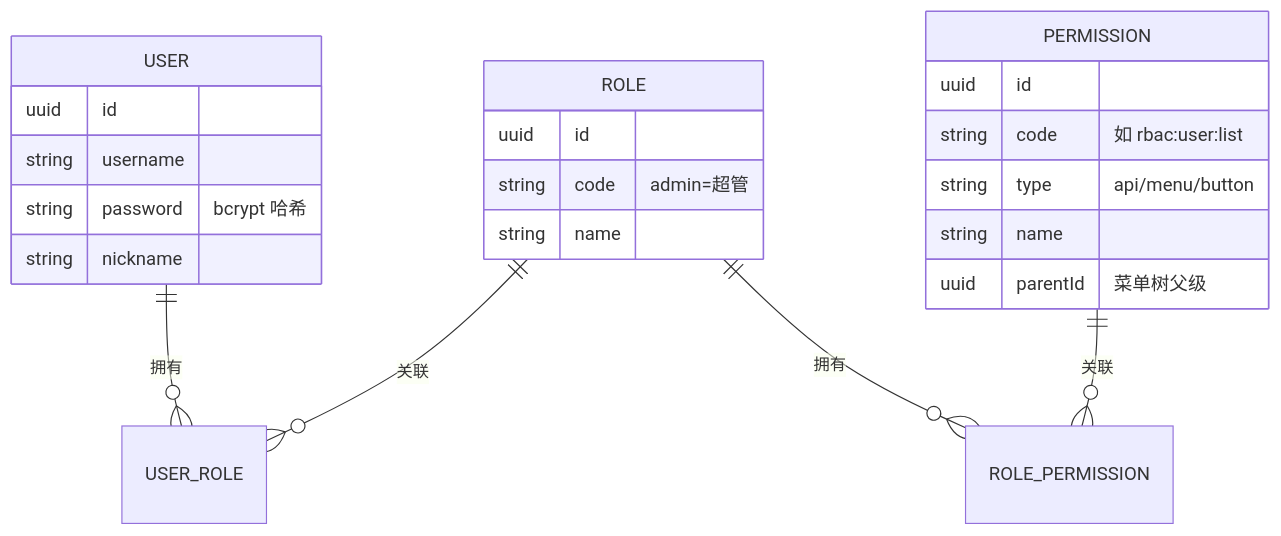
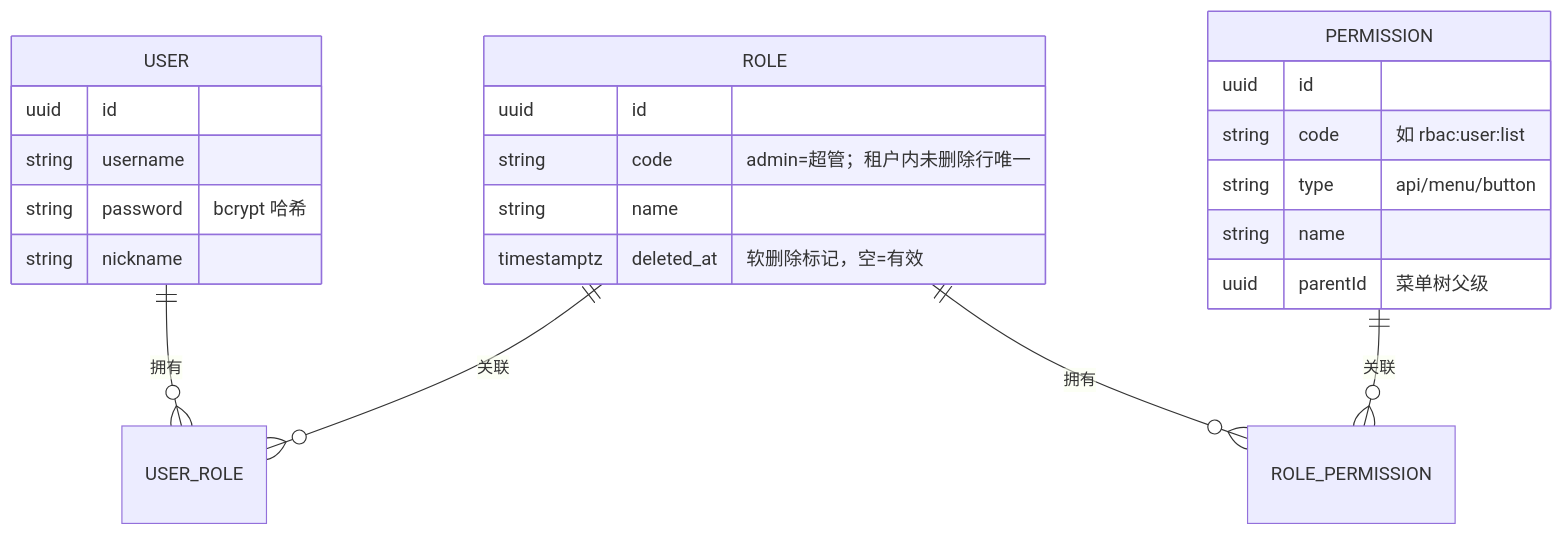
Before and after one commit to yiting001/E-sports-01: the first of 6 diagrams in docs/rbac.md, drawn with Mermaid. The commit also changed other lines of this file and 10 other files, not shown here.

````diff
--- a/docs/rbac.md
+++ b/docs/rbac.md
@@ -47,26 +47,27 @@
 ```mermaid
 erDiagram
   USER ||--o{ USER_ROLE : 拥有
   ROLE ||--o{ USER_ROLE : 关联
   ROLE ||--o{ ROLE_PERMISSION : 拥有
   PERMISSION ||--o{ ROLE_PERMISSION : 关联
 
   USER {
     uuid id
     string username
     string password "bcrypt 哈希"
     string nickname
   }
   ROLE {
     uuid id
-    string code "admin=超管"
+    string code "admin=超管；租户内未删除行唯一"
     string name
+    timestamptz deleted_at "软删除标记，空=有效"
   }
   PERMISSION {
     uuid id
     string code "如 rbac:user:list"
     string type "api/menu/button"
     string name
     uuid parentId "菜单树父级"
   }
 ```
````
